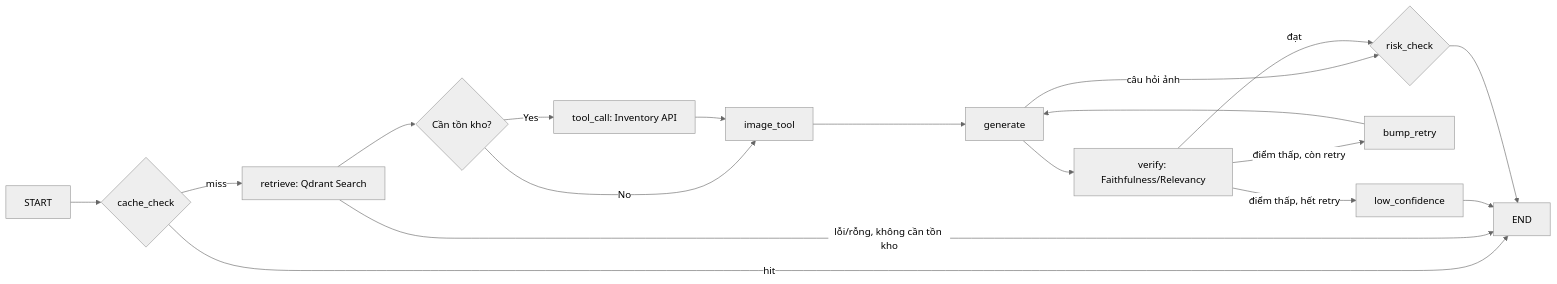
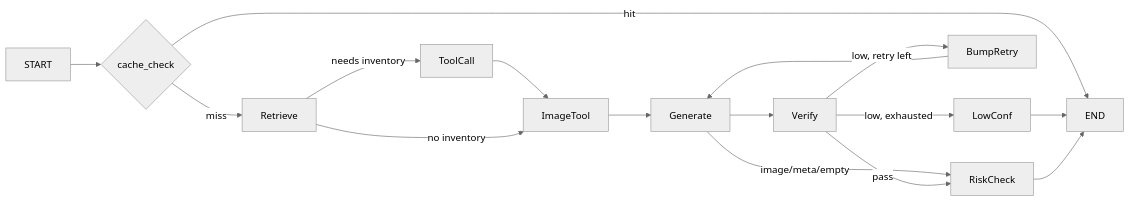
The second of 3 diagrams in ARCHITECTURE.md (peterparkervanphuc/auremont-ai-agent), drawn with Mermaid (neutral theme) before and after one commit. The commit also changed other lines of this file and 38 other files, not shown here.

````diff
--- a/ARCHITECTURE.md
+++ b/ARCHITECTURE.md
@@ -151,18 +131,15 @@
 ```mermaid
 graph LR
     START --> Cache{cache_check}
     Cache -->|hit| END
-    Cache -->|miss| Retrieve[retrieve: Qdrant Search]
-    Retrieve -->|lỗi/rỗng, không cần tồn kho| END
-    Retrieve --> NeedInv{Cần tồn kho?}
-    NeedInv -->|Yes| ToolCall[tool_call: Inventory API]
-    NeedInv -->|No| ImageTool[image_tool]
-    ToolCall --> ImageTool
-    ImageTool --> Generate[generate]
-    Generate -->|câu hỏi ảnh| RiskCheck
-    Generate --> Verify[verify: Faithfulness/Relevancy]
-    Verify -->|điểm thấp, còn retry| BumpRetry[bump_retry] --> Generate
-    Verify -->|điểm thấp, hết retry| LowConf[low_confidence] --> END
-    Verify -->|đạt| RiskCheck{risk_check}
+    Cache -->|miss| Retrieve
+    Retrieve -->|needs inventory| ToolCall --> ImageTool
+    Retrieve -->|no inventory| ImageTool
+    ImageTool --> Generate
+    Generate -->|image/meta/empty| RiskCheck
+    Generate --> Verify
+    Verify -->|low, retry left| BumpRetry --> Generate
+    Verify -->|low, exhausted| LowConf --> END
+    Verify -->|pass| RiskCheck
     RiskCheck --> END
 ```
````
